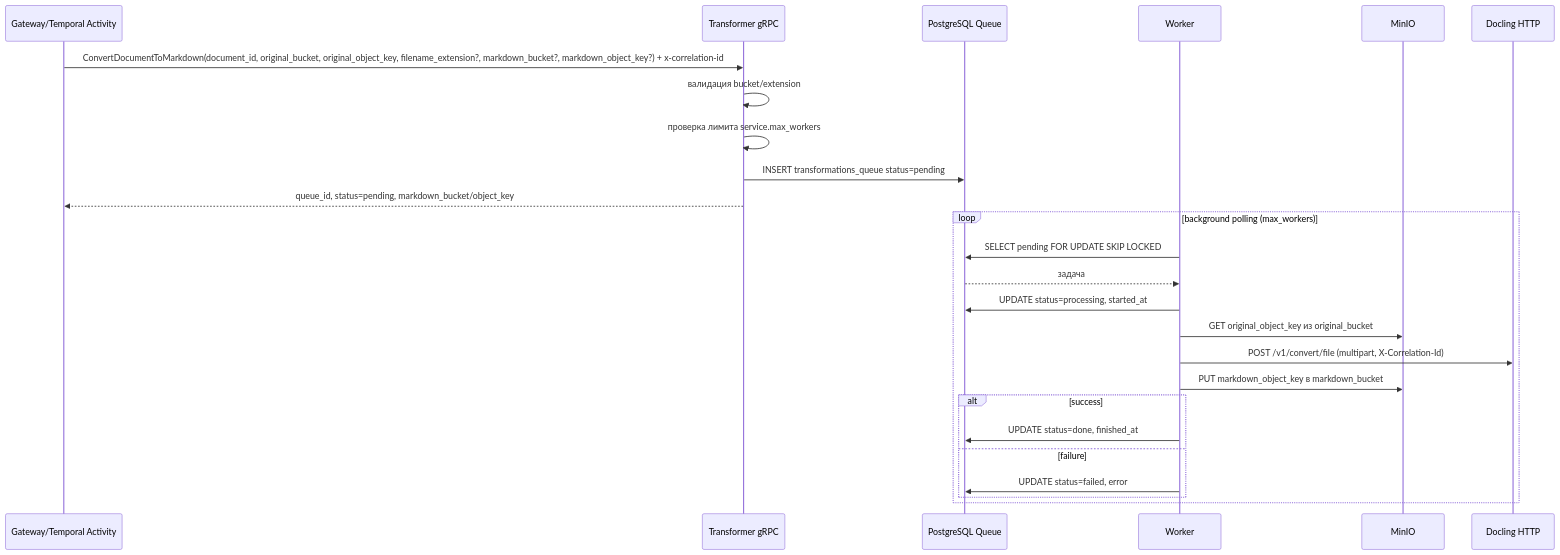
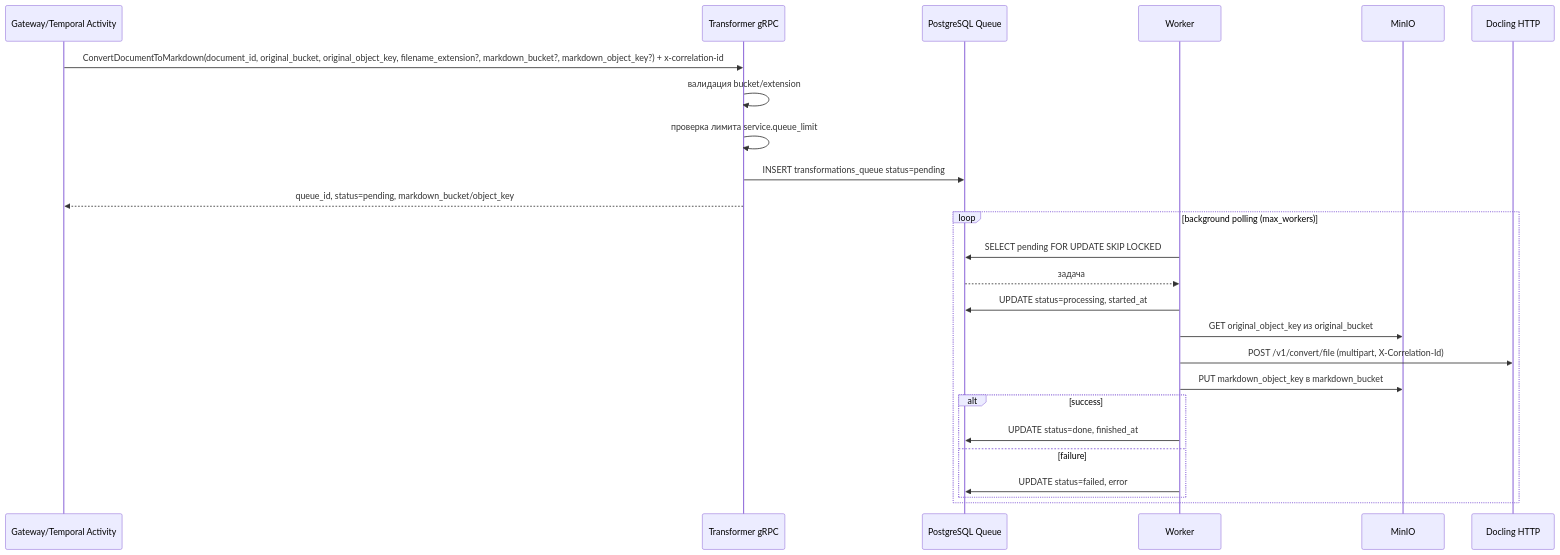
One commit to FedorovTeam/mono-repo changed the diagram in backend/docling-transformer-service/sequence.md. Above: the diagram before and after it, drawn with Mermaid. The commit also changed 11 other files, not shown here.

Commit message:
Add queue length limit for transformer requests

````diff
--- a/backend/docling-transformer-service/sequence.md
+++ b/backend/docling-transformer-service/sequence.md
@@ -3,29 +3,29 @@
 ```mermaid
 sequenceDiagram
     participant GW as Gateway/Temporal Activity
     participant TR as Transformer gRPC
     participant PG as PostgreSQL Queue
     participant WK as Worker
     participant MN as MinIO
     participant DL as Docling HTTP
 
     GW->>TR: ConvertDocumentToMarkdown(document_id, original_bucket, original_object_key, filename_extension?, markdown_bucket?, markdown_object_key?) + x-correlation-id
     TR->>TR: валидация bucket/extension
-    TR->>TR: проверка лимита service.max_workers
+    TR->>TR: проверка лимита service.queue_limit
     TR->>PG: INSERT transformations_queue status=pending
     TR-->>GW: queue_id, status=pending, markdown_bucket/object_key
 
     loop background polling (max_workers)
         WK->>PG: SELECT pending FOR UPDATE SKIP LOCKED
         PG-->>WK: задача
         WK->>PG: UPDATE status=processing, started_at
         WK->>MN: GET original_object_key из original_bucket
         WK->>DL: POST /v1/convert/file (multipart, X-Correlation-Id)
         WK->>MN: PUT markdown_object_key в markdown_bucket
         alt success
             WK->>PG: UPDATE status=done, finished_at
         else failure
             WK->>PG: UPDATE status=failed, error
         end
     end
 ```
````
